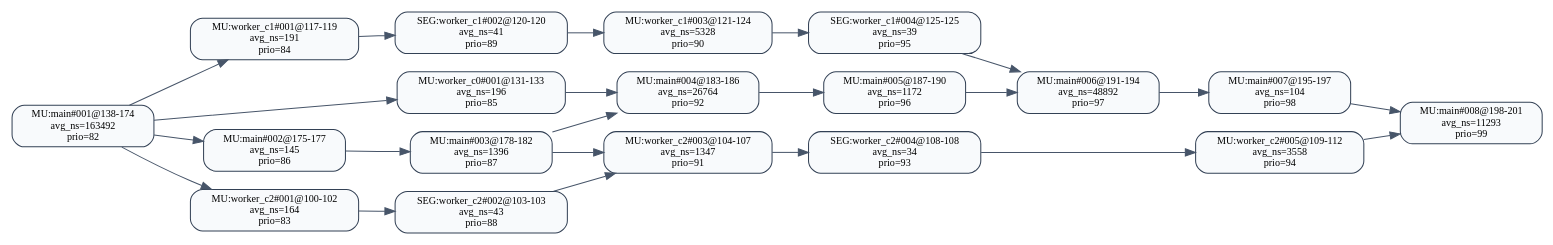
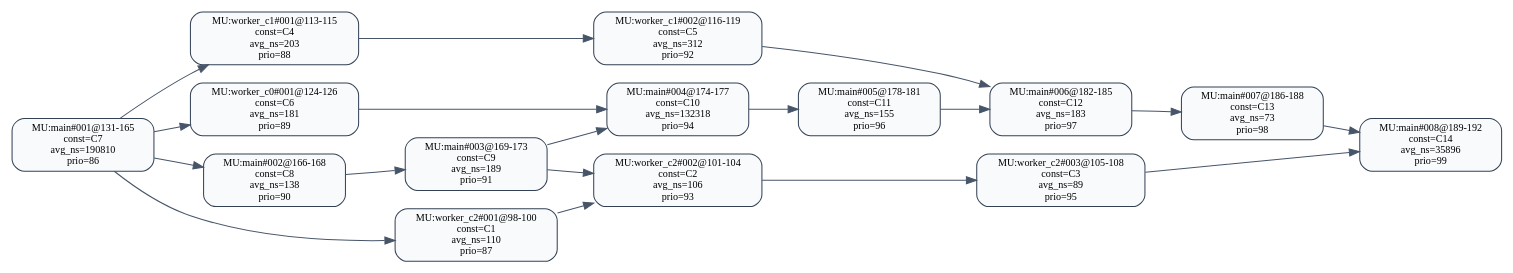
One commit to RTS-SYSU/DAG-Gen changed the diagram in 中间结果/zhang2/pipeline/validation/level2/effective_line_merge/t_level/dag_seg_annotated.dot. Above: the diagram before and after it, drawn with Graphviz. The commit also changed 11697 other files, not shown here.

```diff
--- a/中间结果/zhang2/pipeline/validation/level2/effective_line_merge/t_level/dag_seg_annotated.dot
+++ b/中间结果/zhang2/pipeline/validation/level2/effective_line_merge/t_level/dag_seg_annotated.dot
@@ -1,44 +1,36 @@
 digraph dag_seg_annotated {
   rankdir=LR;
   node [shape=box, style="rounded,filled", fillcolor="#F8FAFC", color="#334155", fontsize=10];
   edge [color="#475569"];
-  "MU:main#001@138-174" [label="MU:main#001@138-174\navg_ns=163492\nprio=82"];
-  "MU:main#002@175-177" [label="MU:main#002@175-177\navg_ns=145\nprio=86"];
-  "MU:main#003@178-182" [label="MU:main#003@178-182\navg_ns=1396\nprio=87"];
-  "MU:main#004@183-186" [label="MU:main#004@183-186\navg_ns=26764\nprio=92"];
-  "MU:main#005@187-190" [label="MU:main#005@187-190\navg_ns=1172\nprio=96"];
-  "MU:main#006@191-194" [label="MU:main#006@191-194\navg_ns=48892\nprio=97"];
-  "MU:main#007@195-197" [label="MU:main#007@195-197\navg_ns=104\nprio=98"];
-  "MU:main#008@198-201" [label="MU:main#008@198-201\navg_ns=11293\nprio=99"];
-  "MU:worker_c0#001@131-133" [label="MU:worker_c0#001@131-133\navg_ns=196\nprio=85"];
-  "MU:worker_c1#001@117-119" [label="MU:worker_c1#001@117-119\navg_ns=191\nprio=84"];
-  "SEG:worker_c1#002@120-120" [label="SEG:worker_c1#002@120-120\navg_ns=41\nprio=89"];
-  "MU:worker_c1#003@121-124" [label="MU:worker_c1#003@121-124\navg_ns=5328\nprio=90"];
-  "SEG:worker_c1#004@125-125" [label="SEG:worker_c1#004@125-125\navg_ns=39\nprio=95"];
-  "MU:worker_c2#001@100-102" [label="MU:worker_c2#001@100-102\navg_ns=164\nprio=83"];
-  "SEG:worker_c2#002@103-103" [label="SEG:worker_c2#002@103-103\navg_ns=43\nprio=88"];
-  "MU:worker_c2#003@104-107" [label="MU:worker_c2#003@104-107\navg_ns=1347\nprio=91"];
-  "SEG:worker_c2#004@108-108" [label="SEG:worker_c2#004@108-108\navg_ns=34\nprio=93"];
-  "MU:worker_c2#005@109-112" [label="MU:worker_c2#005@109-112\navg_ns=3558\nprio=94"];
-  "MU:worker_c2#001@100-102" -> "SEG:worker_c2#002@103-103";
-  "SEG:worker_c2#002@103-103" -> "MU:worker_c2#003@104-107";
-  "MU:worker_c2#003@104-107" -> "SEG:worker_c2#004@108-108";
-  "SEG:worker_c2#004@108-108" -> "MU:worker_c2#005@109-112";
-  "MU:worker_c1#001@117-119" -> "SEG:worker_c1#002@120-120";
-  "SEG:worker_c1#002@120-120" -> "MU:worker_c1#003@121-124";
-  "MU:worker_c1#003@121-124" -> "SEG:worker_c1#004@125-125";
-  "MU:main#001@138-174" -> "MU:main#002@175-177";
-  "MU:main#002@175-177" -> "MU:main#003@178-182";
-  "MU:main#003@178-182" -> "MU:main#004@183-186";
-  "MU:main#004@183-186" -> "MU:main#005@187-190";
-  "MU:main#005@187-190" -> "MU:main#006@191-194";
-  "MU:main#006@191-194" -> "MU:main#007@195-197";
-  "MU:main#007@195-197" -> "MU:main#008@198-201";
-  "MU:main#001@138-174" -> "MU:worker_c0#001@131-133";
-  "MU:main#001@138-174" -> "MU:worker_c1#001@117-119";
-  "MU:main#001@138-174" -> "MU:worker_c2#001@100-102";
-  "MU:worker_c0#001@131-133" -> "MU:main#004@183-186";
-  "SEG:worker_c1#004@125-125" -> "MU:main#006@191-194";
-  "MU:worker_c2#005@109-112" -> "MU:main#008@198-201";
-  "MU:main#003@178-182" -> "MU:worker_c2#003@104-107";
+  "MU:main#001@131-165" [label="MU:main#001@131-165\nconst=C7\navg_ns=190810\nprio=86"];
+  "MU:main#002@166-168" [label="MU:main#002@166-168\nconst=C8\navg_ns=138\nprio=90"];
+  "MU:main#003@169-173" [label="MU:main#003@169-173\nconst=C9\navg_ns=189\nprio=91"];
+  "MU:main#004@174-177" [label="MU:main#004@174-177\nconst=C10\navg_ns=132318\nprio=94"];
+  "MU:main#005@178-181" [label="MU:main#005@178-181\nconst=C11\navg_ns=155\nprio=96"];
+  "MU:main#006@182-185" [label="MU:main#006@182-185\nconst=C12\navg_ns=183\nprio=97"];
+  "MU:main#007@186-188" [label="MU:main#007@186-188\nconst=C13\navg_ns=73\nprio=98"];
+  "MU:main#008@189-192" [label="MU:main#008@189-192\nconst=C14\navg_ns=35896\nprio=99"];
+  "MU:worker_c0#001@124-126" [label="MU:worker_c0#001@124-126\nconst=C6\navg_ns=181\nprio=89"];
+  "MU:worker_c1#001@113-115" [label="MU:worker_c1#001@113-115\nconst=C4\navg_ns=203\nprio=88"];
+  "MU:worker_c1#002@116-119" [label="MU:worker_c1#002@116-119\nconst=C5\navg_ns=312\nprio=92"];
+  "MU:worker_c2#001@98-100" [label="MU:worker_c2#001@98-100\nconst=C1\navg_ns=110\nprio=87"];
+  "MU:worker_c2#002@101-104" [label="MU:worker_c2#002@101-104\nconst=C2\navg_ns=106\nprio=93"];
+  "MU:worker_c2#003@105-108" [label="MU:worker_c2#003@105-108\nconst=C3\navg_ns=89\nprio=95"];
+  "MU:worker_c2#001@98-100" -> "MU:worker_c2#002@101-104";
+  "MU:worker_c2#002@101-104" -> "MU:worker_c2#003@105-108";
+  "MU:worker_c1#001@113-115" -> "MU:worker_c1#002@116-119";
+  "MU:main#001@131-165" -> "MU:main#002@166-168";
+  "MU:main#002@166-168" -> "MU:main#003@169-173";
+  "MU:main#003@169-173" -> "MU:main#004@174-177";
+  "MU:main#004@174-177" -> "MU:main#005@178-181";
+  "MU:main#005@178-181" -> "MU:main#006@182-185";
+  "MU:main#006@182-185" -> "MU:main#007@186-188";
+  "MU:main#007@186-188" -> "MU:main#008@189-192";
+  "MU:main#001@131-165" -> "MU:worker_c0#001@124-126";
+  "MU:main#001@131-165" -> "MU:worker_c1#001@113-115";
+  "MU:main#001@131-165" -> "MU:worker_c2#001@98-100";
+  "MU:worker_c0#001@124-126" -> "MU:main#004@174-177";
+  "MU:worker_c1#002@116-119" -> "MU:main#006@182-185";
+  "MU:worker_c2#003@105-108" -> "MU:main#008@189-192";
+  "MU:main#003@169-173" -> "MU:worker_c2#002@101-104";
 }
```
